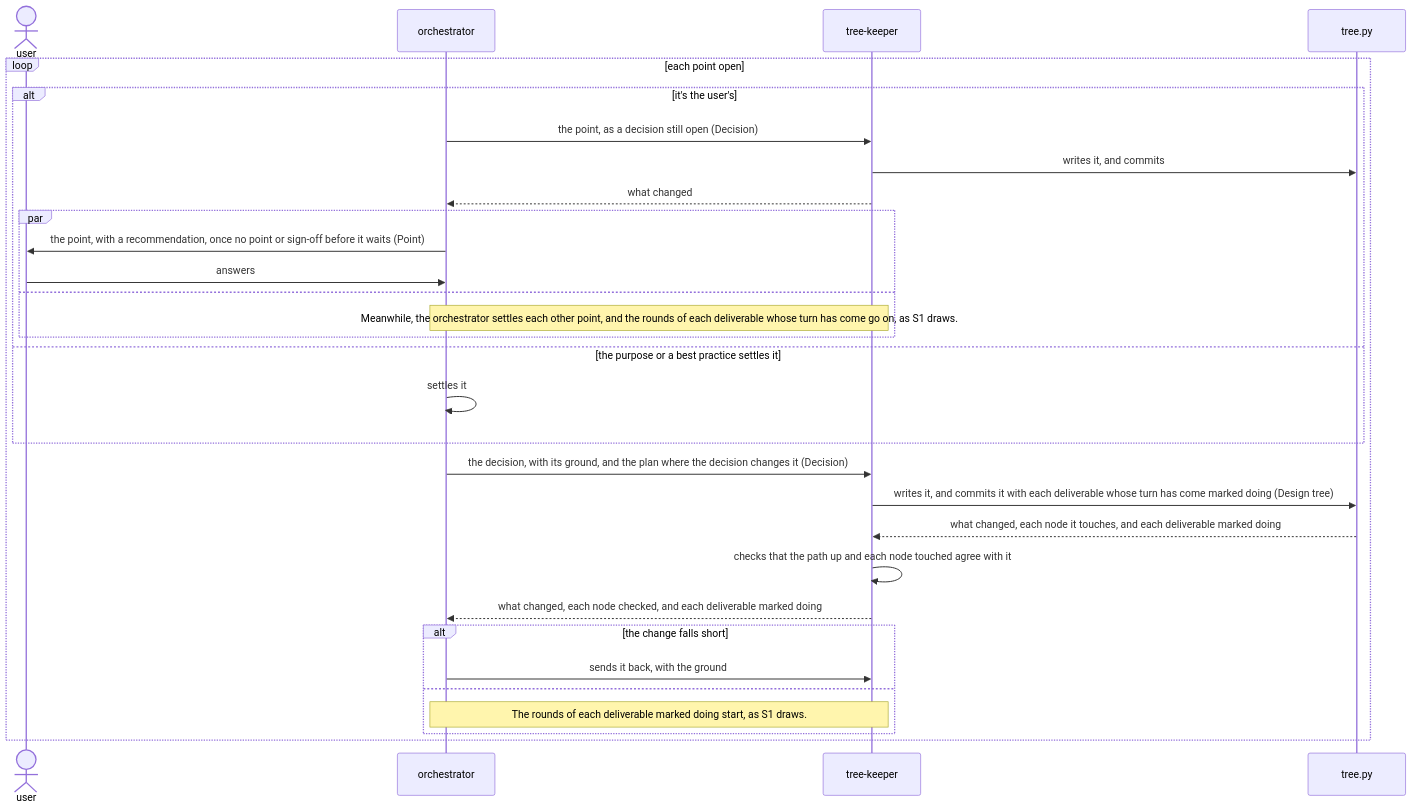
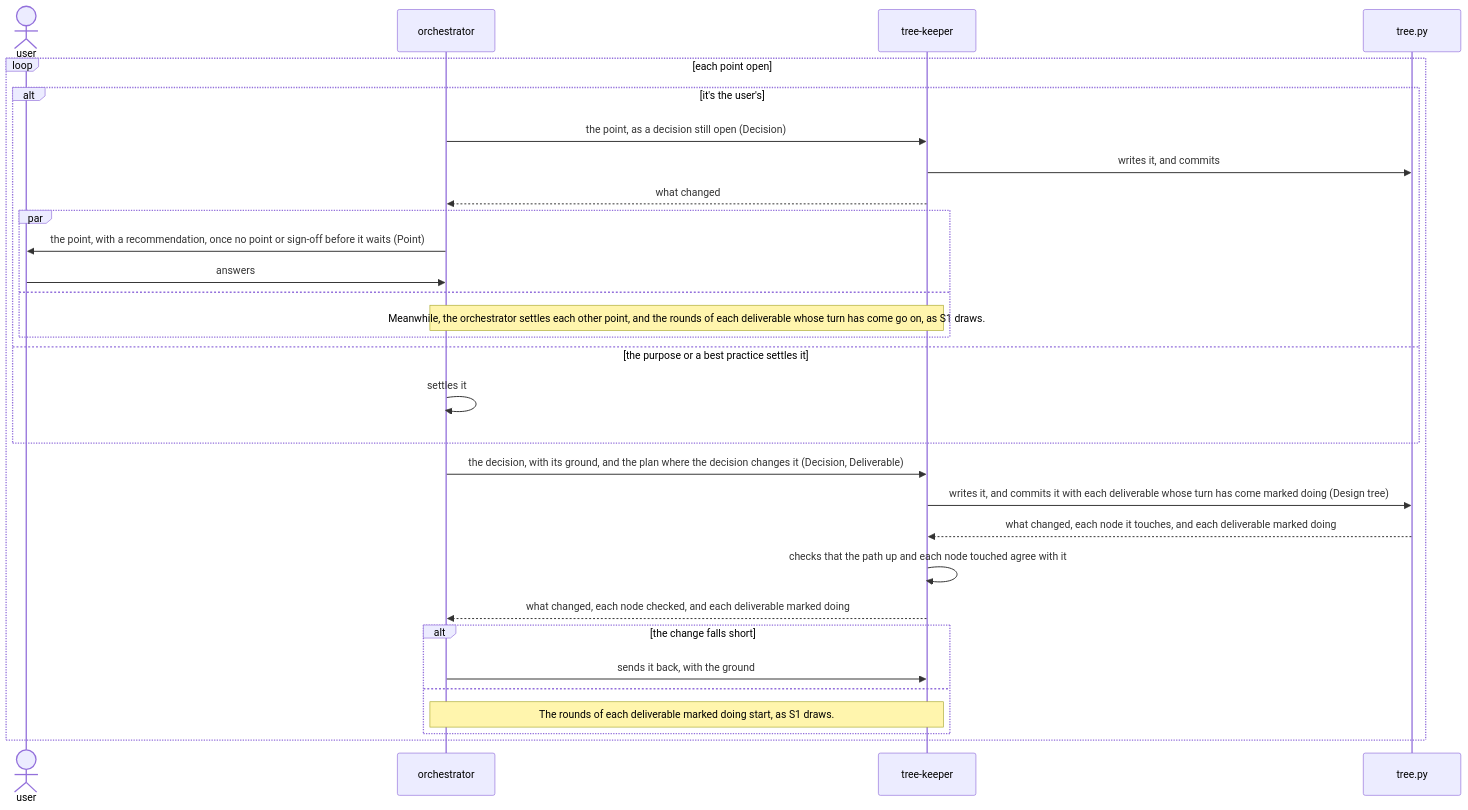
The second of 6 diagrams in dev/rn/architecture.md (lovaizu/ccpm), drawn with Mermaid before and after one commit. The commit also changed other lines of this file and 3 other files, not shown here.

First line of the commit message:
rn architecture: the design tree holds the goal as a Decision and the plan as its Deliverables, and the adapter of the results kept has property cases of its reading of a record

````diff
--- a/dev/rn/architecture.md
+++ b/dev/rn/architecture.md
@@ -345,32 +351,32 @@
 ```mermaid
 sequenceDiagram
   actor U as user
   participant O as orchestrator
   participant K as tree-keeper
   participant T as tree.py
   loop each point open
     alt it's the user's
       O->>K: the point, as a decision still open (Decision)
       K->>T: writes it, and commits
       K-->>O: what changed
       par
         O->>U: the point, with a recommendation, once no point or sign-off before it waits (Point)
         U->>O: answers
       and
         Note over O,K: Meanwhile, the orchestrator settles each other point, and the rounds of each deliverable whose turn has come go on, as S1 draws.
       end
     else the purpose or a best practice settles it
       O->>O: settles it
     end
-    O->>K: the decision, with its ground, and the plan where the decision changes it (Decision)
+    O->>K: the decision, with its ground, and the plan where the decision changes it (Decision, Deliverable)
     K->>T: writes it, and commits it with each deliverable whose turn has come marked doing (Design tree)
     T-->>K: what changed, each node it touches, and each deliverable marked doing
     K->>K: checks that the path up and each node touched agree with it
     K-->>O: what changed, each node checked, and each deliverable marked doing
     alt the change falls short
       O->>K: sends it back, with the ground
     else
       Note over O,K: The rounds of each deliverable marked doing start, as S1 draws.
     end
   end
 ```
````
